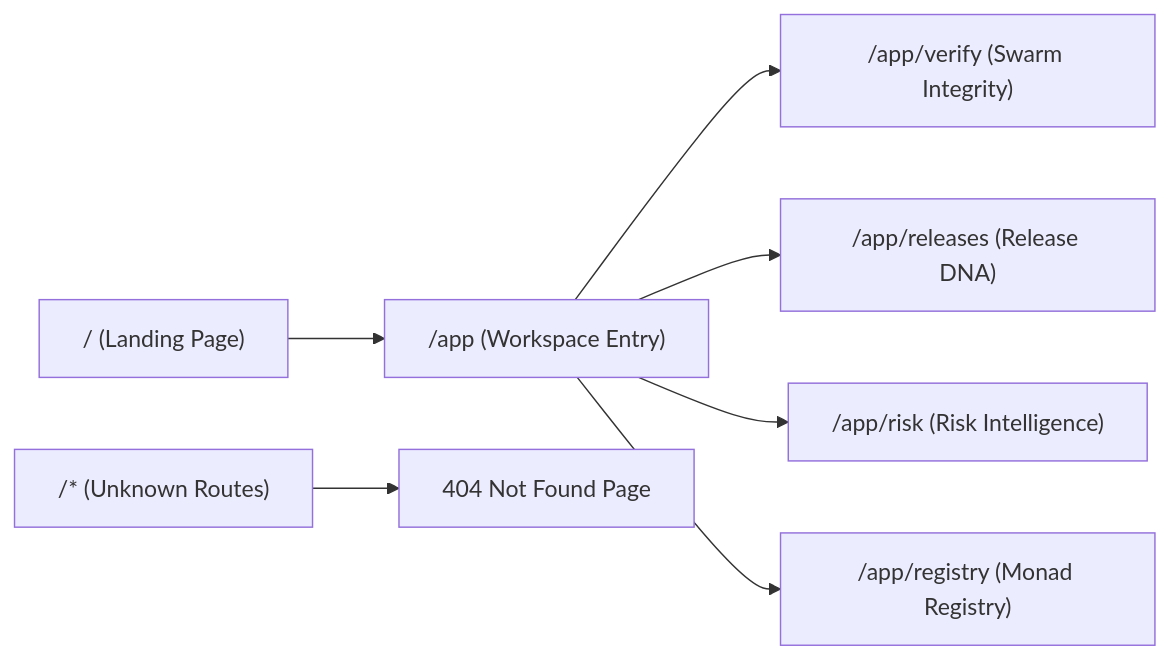
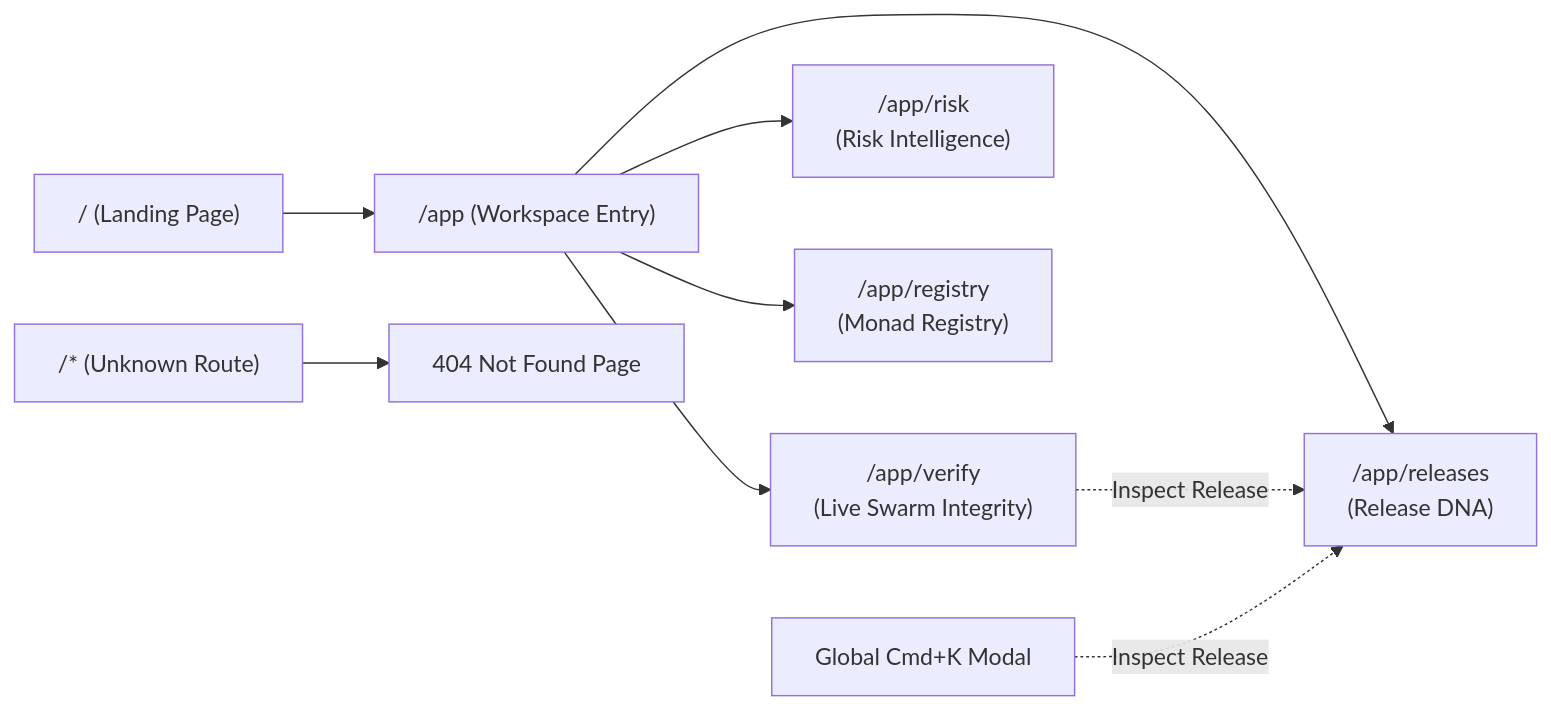
The third of 3 diagrams in README.md (Shrysxs/monad-v3), drawn with Mermaid before and after one commit. The commit also changed other lines of this file and 2 other files, not shown here.

````diff
--- a/README.md
+++ b/README.md
@@ -86,9 +217,12 @@
 ```mermaid
 graph LR
-    Root["/ (Landing Page)"] --> AppEntry["/app (Workspace Entry)"]
-    AppEntry --> Verify["/app/verify (Swarm Integrity)"]
-    AppEntry --> Releases["/app/releases (Release DNA)"]
-    AppEntry --> Risk["/app/risk (Risk Intelligence)"]
-    AppEntry --> Registry["/app/registry (Monad Registry)"]
-    Wildcard["/* (Unknown Routes)"] --> NotFound["404 Not Found Page"]
+    Landing["/ (Landing Page)"] --> AppRoot["/app (Workspace Entry)"]
+    AppRoot --> Verify["/app/verify\n(Live Swarm Integrity)"]
+    AppRoot --> Releases["/app/releases\n(Release DNA)"]
+    AppRoot --> Risk["/app/risk\n(Risk Intelligence)"]
+    AppRoot --> Registry["/app/registry\n(Monad Registry)"]
+    Wildcard["/* (Unknown Route)"] --> NotFound["404 Not Found Page"]
+
+    Verify -. "Inspect Release" .-> Releases
+    Lookup["Global Cmd+K Modal"] -. "Inspect Release" .-> Releases
 ```
````
